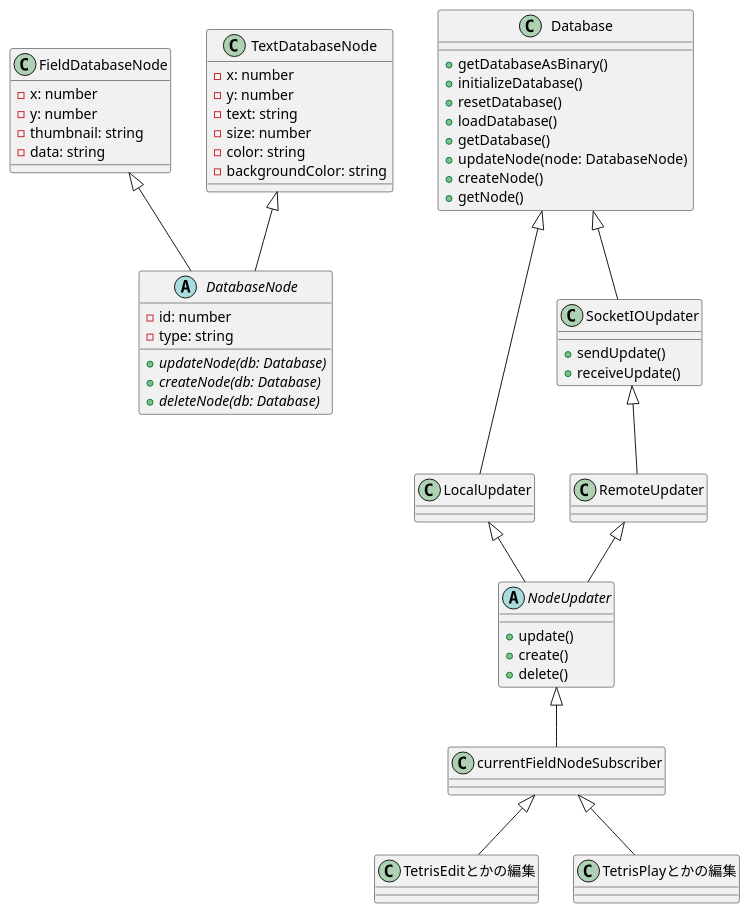
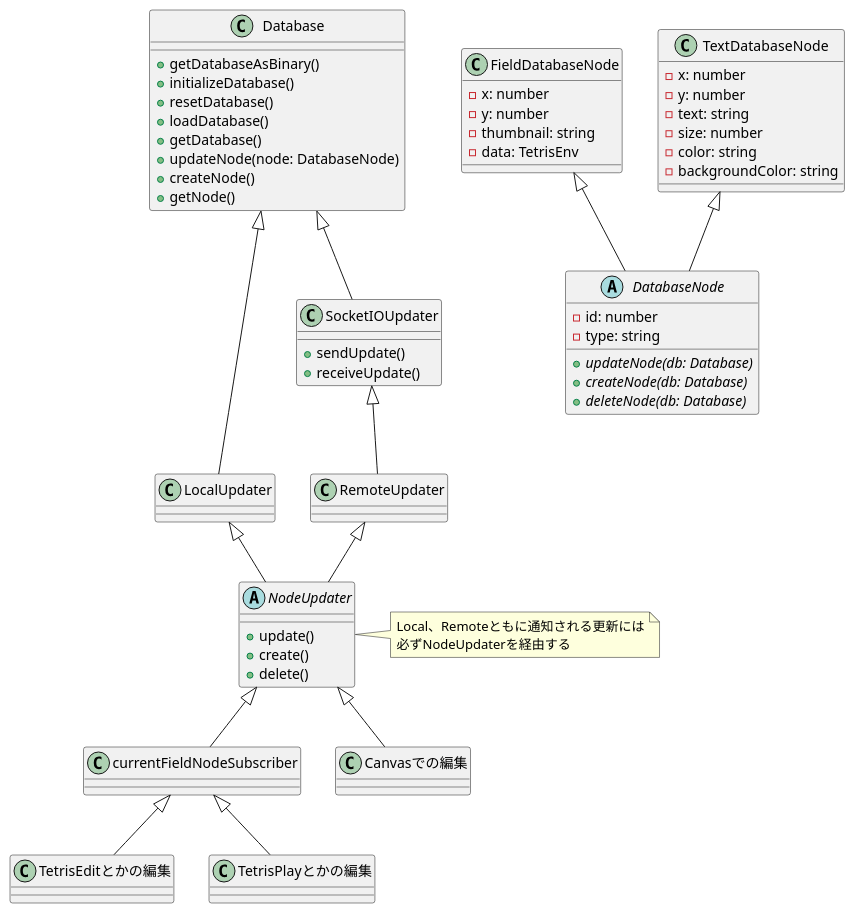
The diagram in uml/node.pu (CSDotNET0211/fumen-rs), drawn with PlantUML before and after one commit. The commit also changed 40 other files, not shown here.

```diff
--- a/uml/node.pu
+++ b/uml/node.pu
@@ -1,70 +1,79 @@
 @startuml a
 abstract class DatabaseNode {
     - id: number
     - type: string
     {abstract} +updateNode(db: Database)
     {abstract} +createNode(db: Database)
     {abstract} +deleteNode(db: Database)
 }
 
 class FieldDatabaseNode {
     - x: number
     - y: number
     - thumbnail: string
-    - data: string
+    - data: TetrisEnv
 }
 
 class TextDatabaseNode {
     - x: number
     - y: number
     - text: string
     - size: number
     - color: string
     - backgroundColor: string
 }
 
 
 class Database {
     +getDatabaseAsBinary()
     +initializeDatabase()
     +resetDatabase()
     +loadDatabase()
     +getDatabase()
     +updateNode(node: DatabaseNode)
     +createNode()
     +getNode()
 }
 
 abstract class NodeUpdater {
 	+update()
 	+create()
 	+delete()
 }
-
 class LocalUpdater {
 }
 
 class RemoteUpdater{
 }
 
 class SocketIOUpdater {
 	+sendUpdate()
 	+receiveUpdate()
 }
 
 SocketIOUpdater <|-- RemoteUpdater
 Database <|-- SocketIOUpdater
 Database <|-- LocalUpdater
 
 LocalUpdater <|-- NodeUpdater
 RemoteUpdater <|-- NodeUpdater
 
 
  FieldDatabaseNode    <|-- DatabaseNode
  TextDatabaseNode    <|-- DatabaseNode
  
 currentFieldNodeSubscriber <|-- TetrisEditとかの編集
 currentFieldNodeSubscriber <|-- TetrisPlayとかの編集
 
+NodeUpdater <|-- Canvasでの編集
+
 NodeUpdater <|-- currentFieldNodeSubscriber
+
+
+note right of NodeUpdater
+Local、Remoteともに通知される更新には
+必ずNodeUpdaterを経由する
+end note
+
+
 @enduml
```
